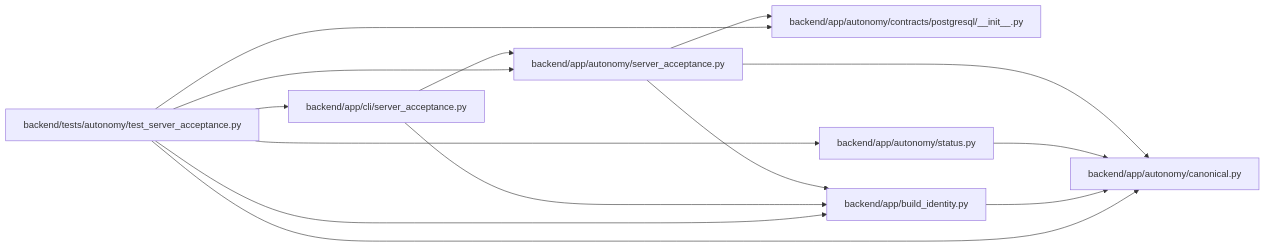
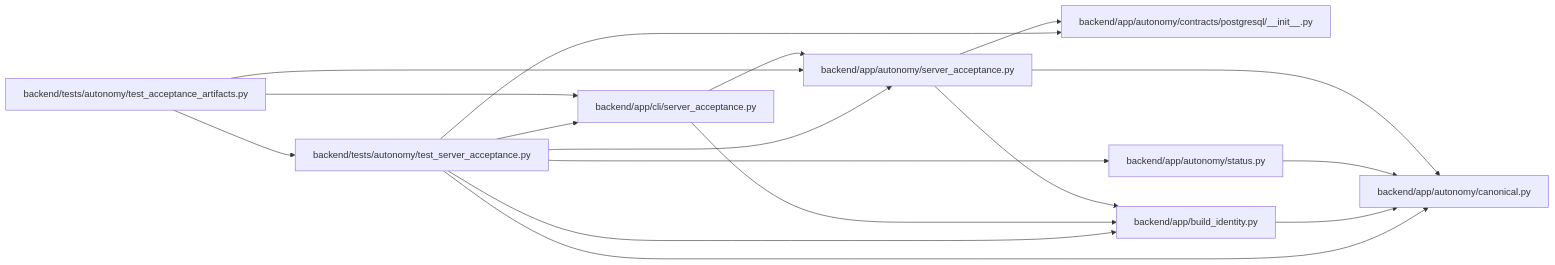
Before and after one commit to Denissvgn/WorkChord: the diagram in docs/llm_wiki/modules/test_server_acceptance.md, drawn with Mermaid. The commit also changed other lines of this file and 10148 other files, not shown here.

````diff
--- a/docs/llm_wiki/modules/test_server_acceptance.md
+++ b/docs/llm_wiki/modules/test_server_acceptance.md
@@ -33,30 +33,35 @@
 ```mermaid
 flowchart LR
     n0["backend/app/autonomy/canonical.py"]
     n1["backend/app/autonomy/contracts/postgresql/__init__.py"]
     n2["backend/app/autonomy/server_acceptance.py"]
     n3["backend/app/autonomy/status.py"]
     n4["backend/app/build_identity.py"]
     n5["backend/app/cli/server_acceptance.py"]
-    n6["backend/tests/autonomy/test_server_acceptance.py"]
+    n6["backend/tests/autonomy/test_acceptance_artifacts.py"]
+    n7["backend/tests/autonomy/test_server_acceptance.py"]
     n2 --> n0
     n2 --> n1
     n2 --> n4
     n3 --> n0
     n4 --> n0
     n5 --> n2
     n5 --> n4
-    n6 --> n0
-    n6 --> n1
     n6 --> n2
-    n6 --> n3
-    n6 --> n4
     n6 --> n5
+    n6 --> n7
+    n7 --> n0
+    n7 --> n1
+    n7 --> n2
+    n7 --> n3
+    n7 --> n4
+    n7 --> n5
     click n0 "../modules/autonomy_canonical.md"
     click n1 "../modules/postgresql___init__.md"
     click n2 "../modules/autonomy_server_acceptance.md"
     click n3 "../modules/status.md"
     click n4 "../modules/build_identity.md"
     click n5 "../modules/cli_server_acceptance.md"
-    click n6 "../modules/test_server_acceptance.md"
+    click n6 "../modules/test_acceptance_artifacts.md"
+    click n7 "../modules/test_server_acceptance.md"
 ```
````
